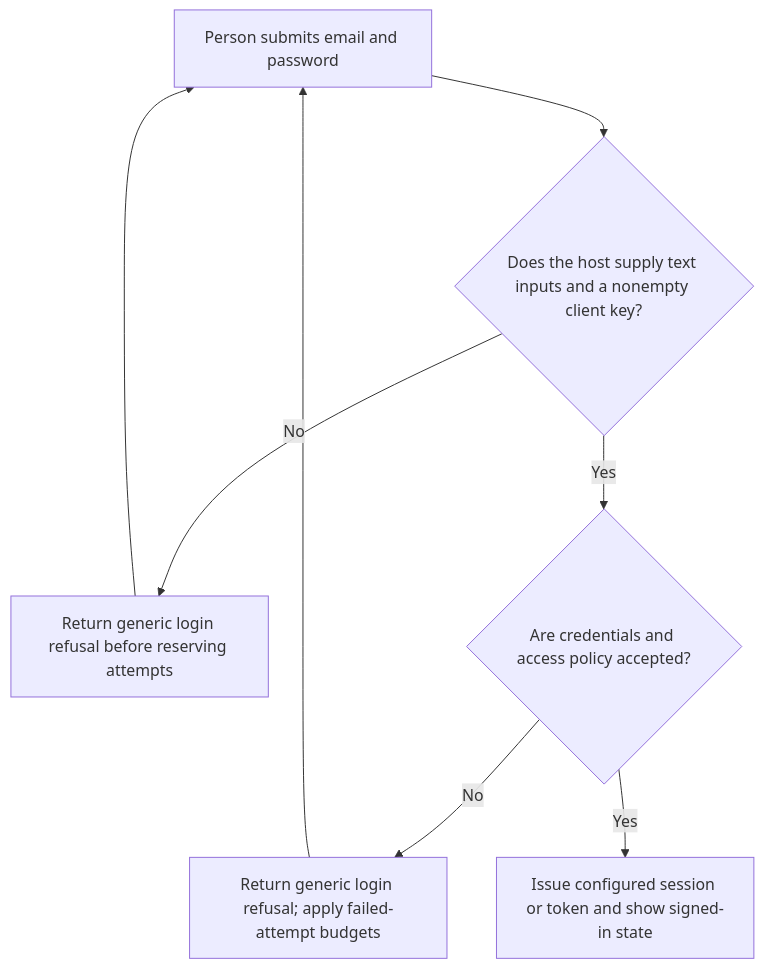
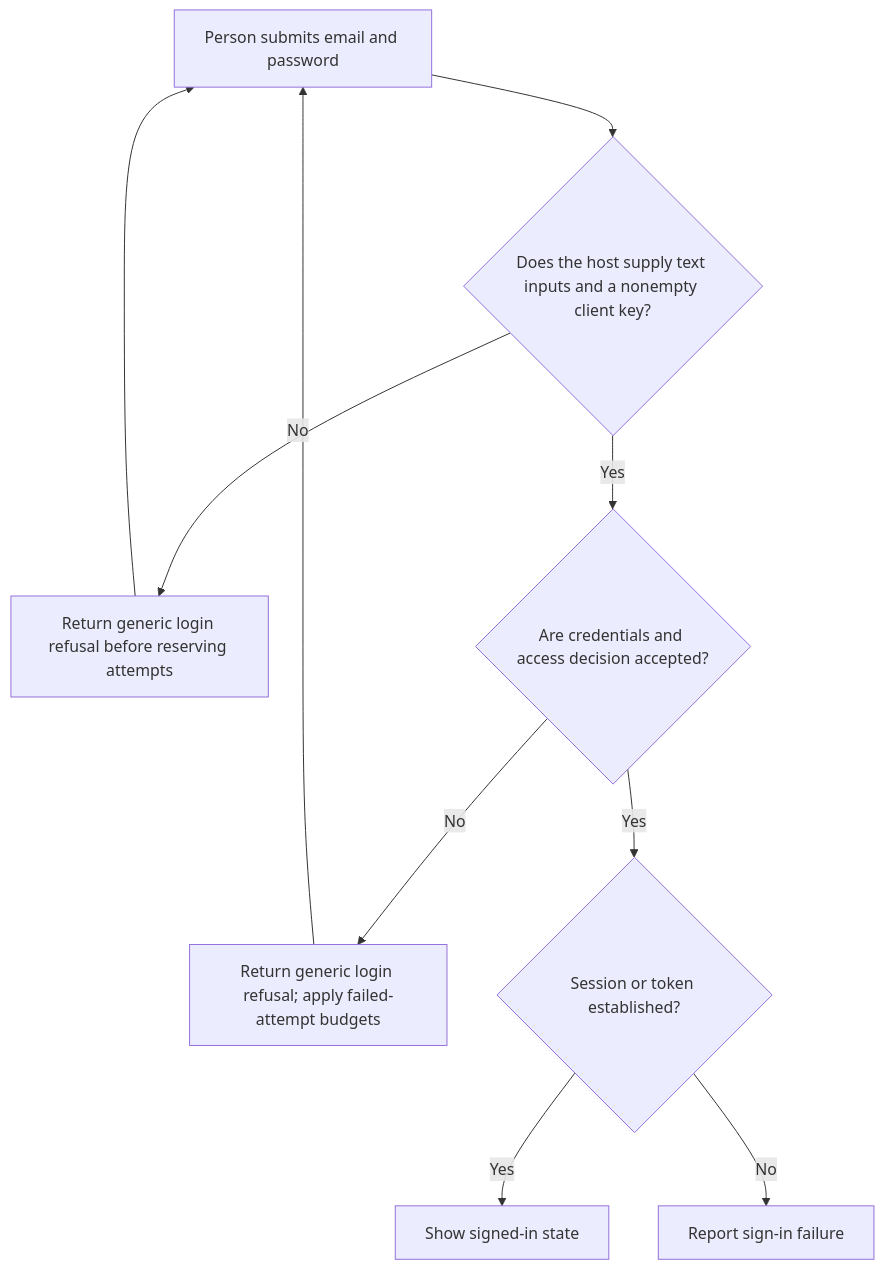
One commit to Kevinjohn/oss-adonisjs-account-kit changed the first of 2 diagrams in user-stories/US-ACCOUNT-03-sign-in.md. Above: the diagram before and after it, drawn with Mermaid. The commit also changed other lines of this file and 70 other files, not shown here.

````diff
--- a/user-stories/US-ACCOUNT-03-sign-in.md
+++ b/user-stories/US-ACCOUNT-03-sign-in.md
@@ -20,10 +22,12 @@
 ```mermaid
 flowchart TD
  A["Person submits email and password"] --> M{"Does the host supply text inputs and a nonempty client key?"}
  M -->|No| N["Return generic login refusal before reserving attempts"]
  N --> A
- M -->|Yes| B{"Are credentials and access policy accepted?"}
+ M -->|Yes| B{"Are credentials and access decision accepted?"}
  B -->|No| C["Return generic login refusal; apply failed-attempt budgets"]
  C --> A
- B -->|Yes| D["Issue configured session or token and show signed-in state"]
+ B -->|Yes| E{"Session or token established?"}
+ E -->|Yes| D["Show signed-in state"]
+ E -->|No| F["Report sign-in failure"]
 ```
````
